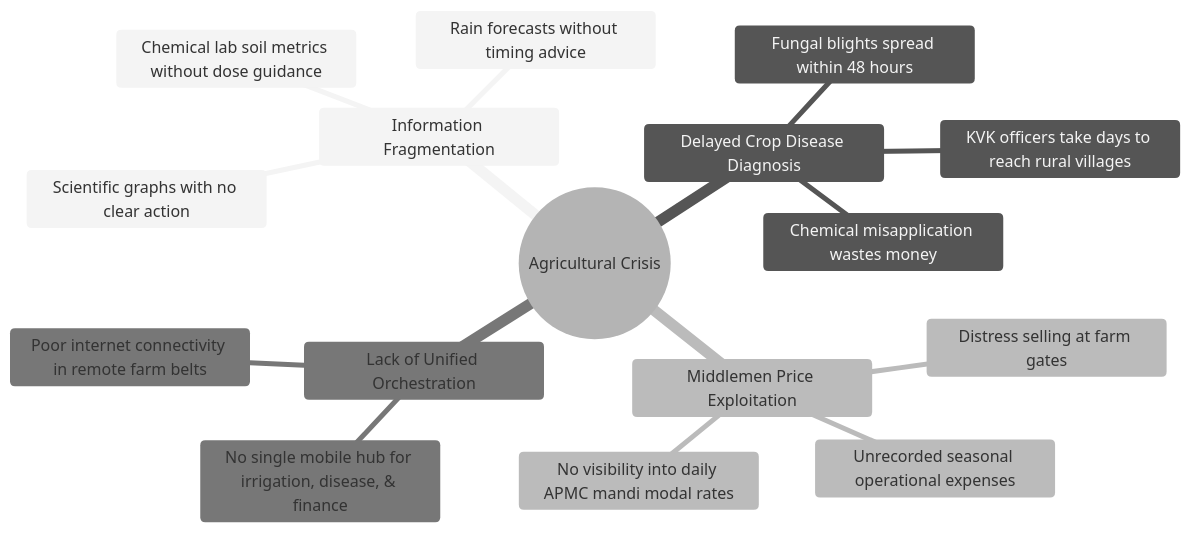
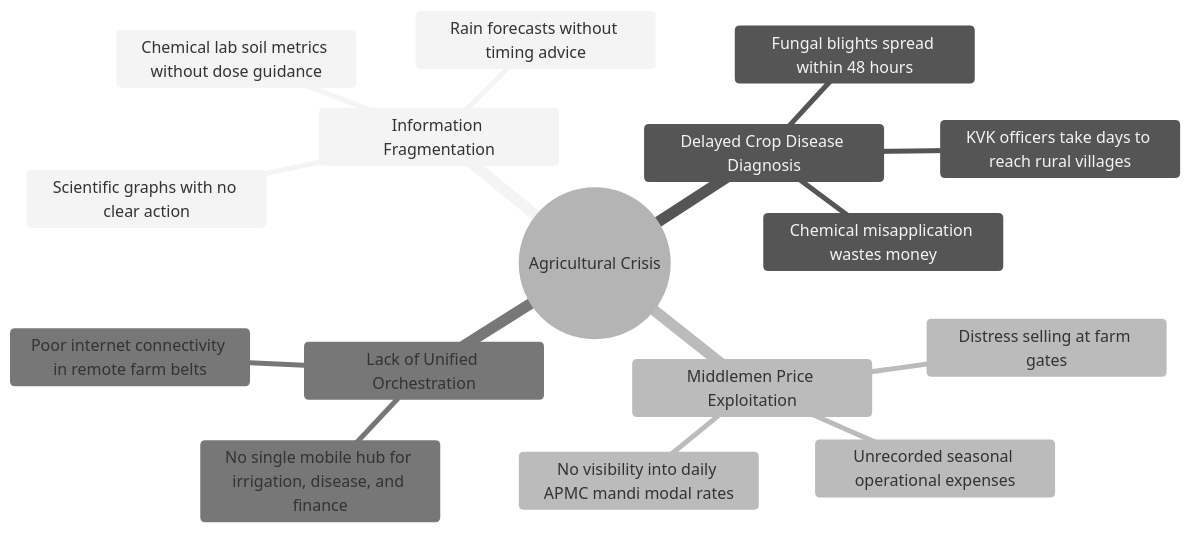
One commit to Xcoder-69/HACKFORGE changed the first of 4 diagrams in README.md. Above: the diagram before and after it, drawn with Mermaid (neutral theme). The commit also changed other lines of this file and 3 other files, not shown here.

````diff
--- a/README.md
+++ b/README.md
@@ -33,19 +33,19 @@
 ```mermaid
 mindmap
   root((Agricultural Crisis))
     Information Fragmentation
       Scientific graphs with no clear action
       Rain forecasts without timing advice
       Chemical lab soil metrics without dose guidance
     Delayed Crop Disease Diagnosis
       Fungal blights spread within 48 hours
       KVK officers take days to reach rural villages
       Chemical misapplication wastes money
     Middlemen Price Exploitation
       Unrecorded seasonal operational expenses
       No visibility into daily APMC mandi modal rates
       Distress selling at farm gates
     Lack of Unified Orchestration
-      No single mobile hub for irrigation, disease, & finance
+      No single mobile hub for irrigation, disease, and finance
       Poor internet connectivity in remote farm belts
 ```
````
